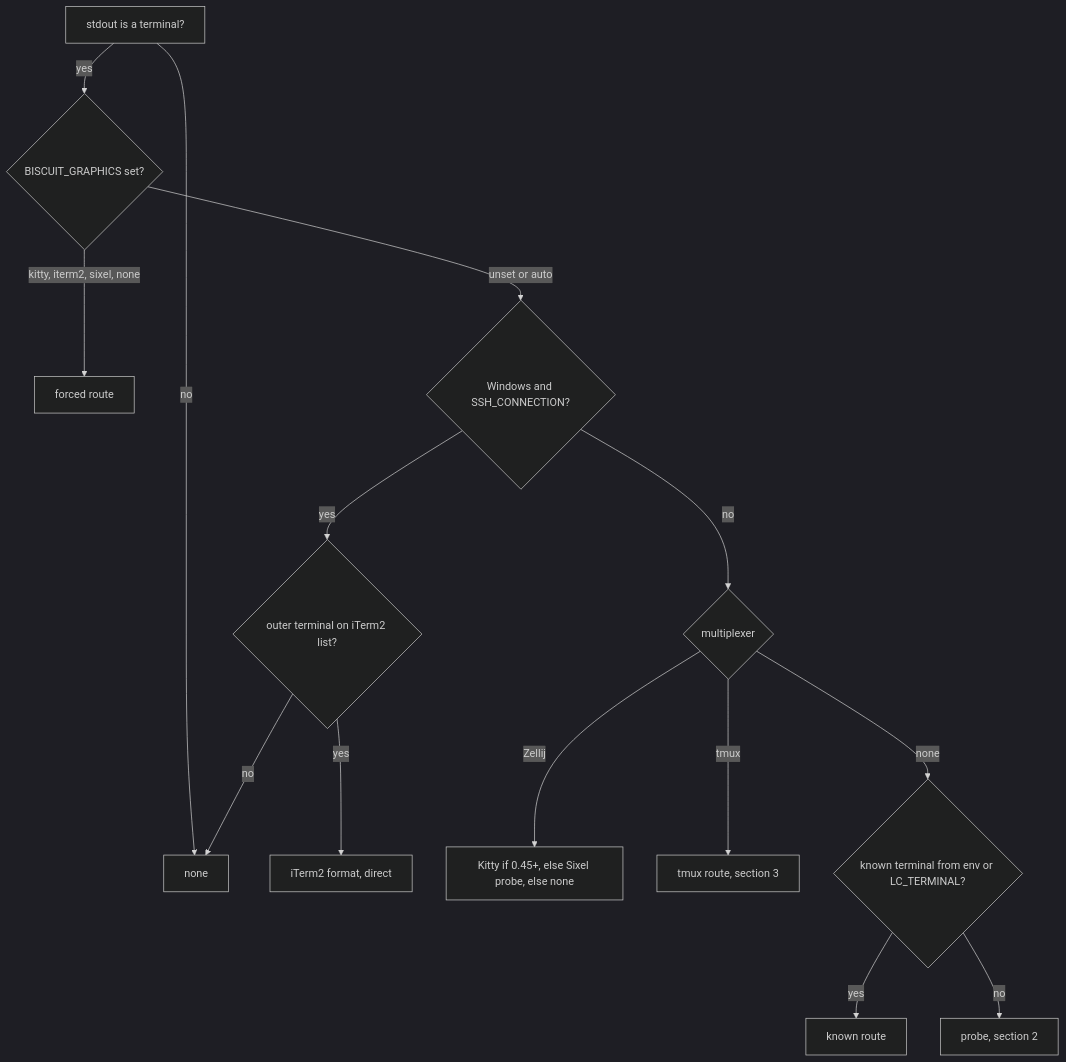
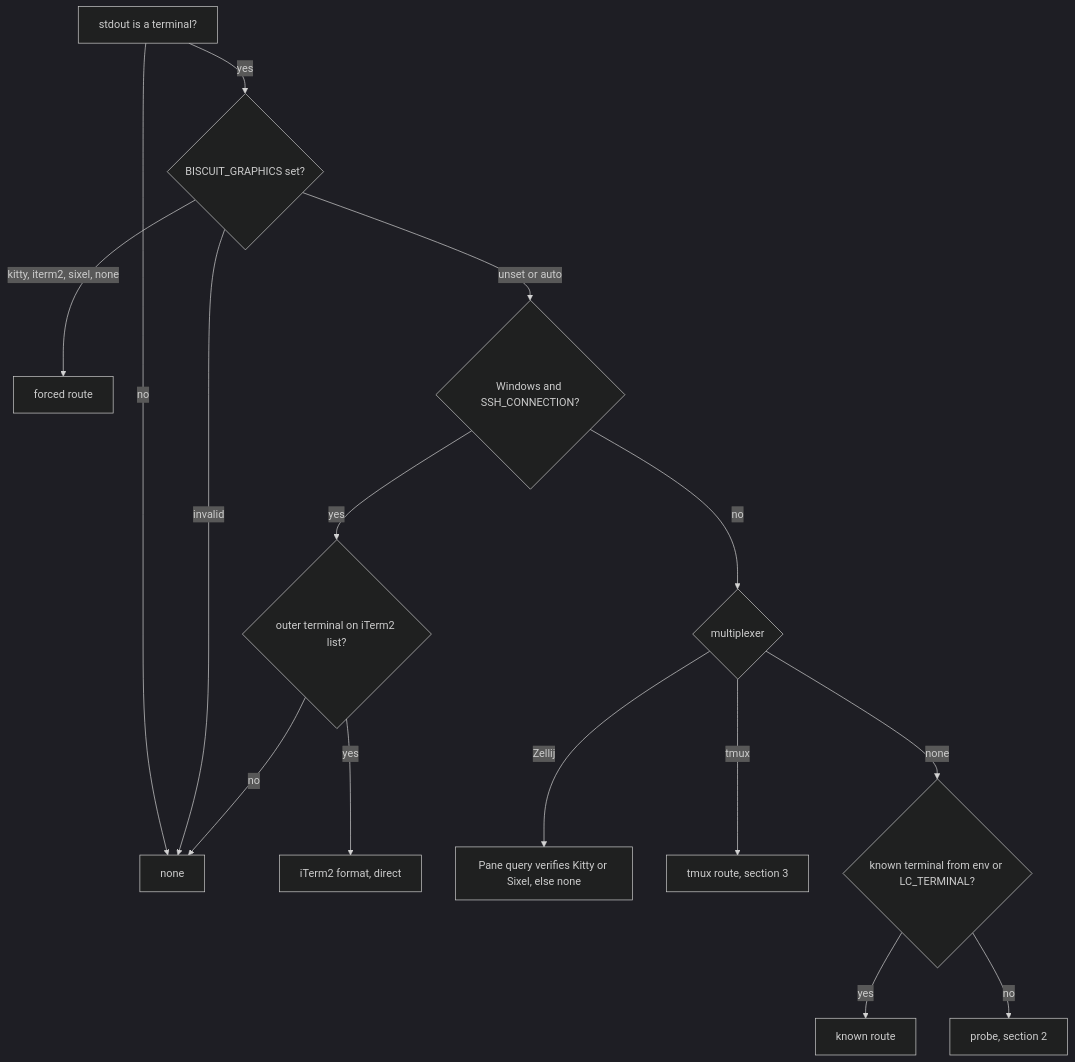
One commit to yankeeinlondon/rusty-biscuit changed the second of 2 diagrams in biscuit-terminal/features/2026-10-13-graphics-where-possible/spec.md. Above: the diagram before and after it, drawn with Mermaid (dark theme). The commit also changed other lines of this file, not shown here.

First line of the commit message:
planning(biscuit-terminal): accept review of graphics-where-possible spec

````diff
--- a/biscuit-terminal/features/2026-10-13-graphics-where-possible/spec.md
+++ b/biscuit-terminal/features/2026-10-13-graphics-where-possible/spec.md
@@ -200,16 +246,17 @@
 ```mermaid
 flowchart TD
     A[stdout is a terminal?] -->|no| N[none]
     A -->|yes| O{BISCUIT_GRAPHICS set?}
     O -->|kitty, iterm2, sixel, none| F[forced route]
+    O -->|invalid| N
     O -->|unset or auto| W{Windows and SSH_CONNECTION?}
     W -->|yes| WI{outer terminal on iTerm2 list?}
     WI -->|yes| I2[iTerm2 format, direct]
     WI -->|no| N
     W -->|no| M{multiplexer}
-    M -->|Zellij| Z[Kitty if 0.45+, else Sixel probe, else none]
+    M -->|Zellij| Z[Pane query verifies Kitty or Sixel, else none]
     M -->|tmux| T[tmux route, section 3]
     M -->|none| K{known terminal from env or LC_TERMINAL?}
     K -->|yes| KT[known route]
     K -->|no| P[probe, section 2]
 ```
````
